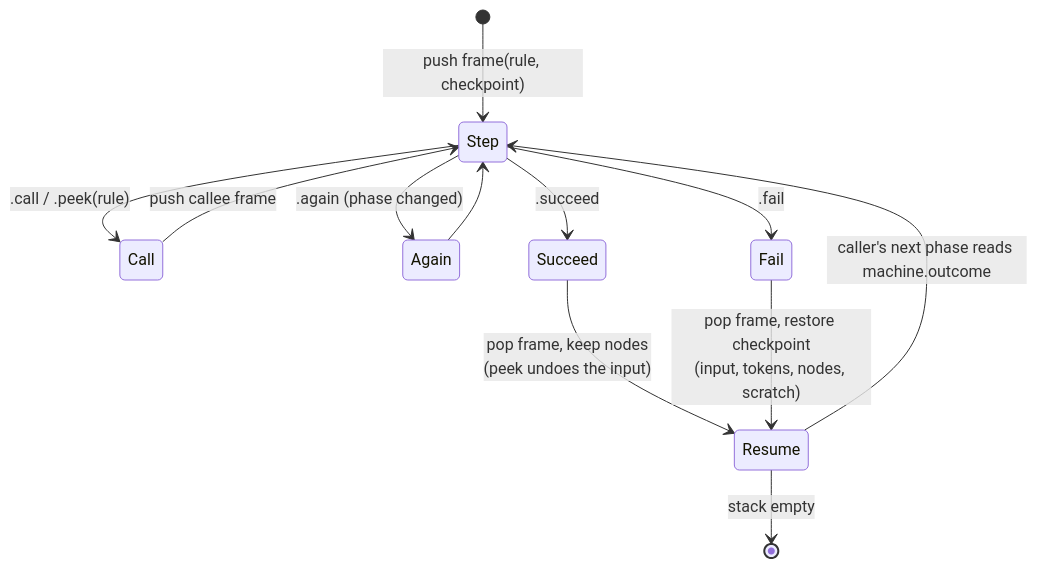
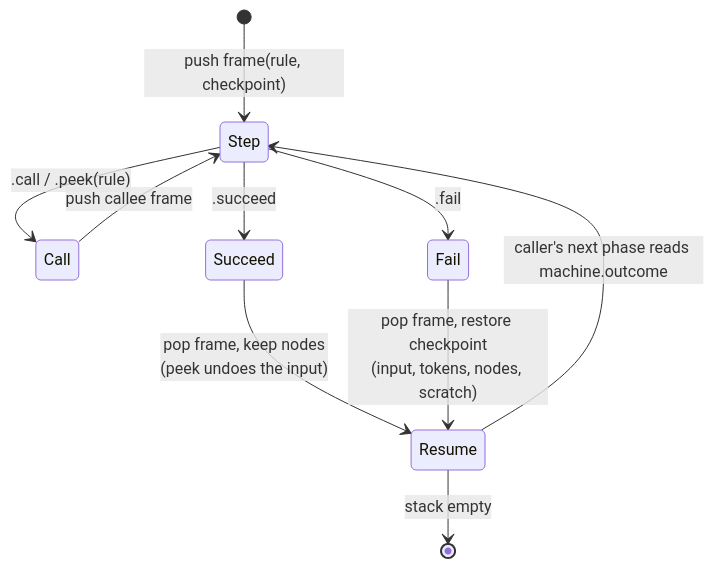
The fourth of 7 diagrams in docs/Architecture.md (KreaturaArt/inkz), drawn with Mermaid before and after one commit. The commit also changed 4 other files, not shown here.

Commit message:
(refactor) compiler: the parser's Action loses .again: StatementsAtLevel loops back to its head with a labeled switch continue in the same step, so the machine asserts that exactly the frames just entered see no outcome (P17.21)

````diff
--- a/docs/Architecture.md
+++ b/docs/Architecture.md
@@ -137,14 +137,12 @@
 ```mermaid
 stateDiagram-v2
     [*] --> Step: push frame(rule, checkpoint)
     Step --> Call: .call / .peek(rule)
     Call --> Step: push callee frame
-    Step --> Again: .again (phase changed)
-    Again --> Step
     Step --> Succeed: .succeed
     Step --> Fail: .fail
     Succeed --> Resume: pop frame, keep nodes<br/>(peek undoes the input)
     Fail --> Resume: pop frame, restore checkpoint<br/>(input, tokens, nodes, scratch)
     Resume --> Step: caller's next phase reads machine.outcome
     Resume --> [*]: stack empty
 ```
````
